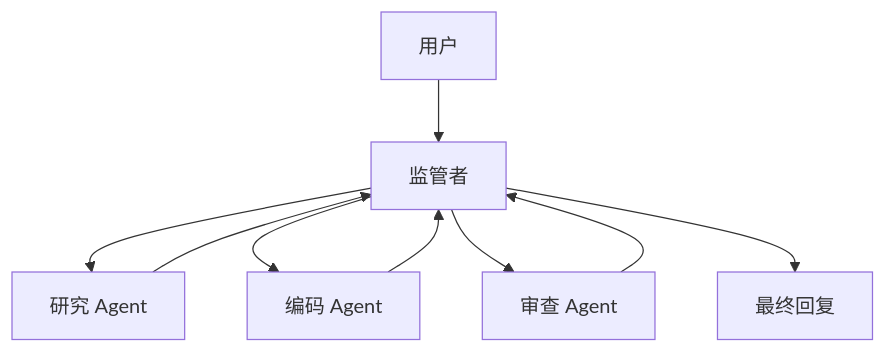
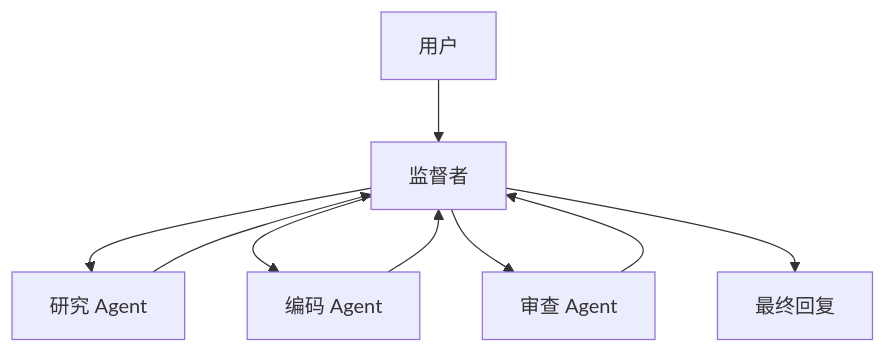
One commit to riba2534/multi-agent-wiki-cn changed the diagram in content/wiki/patterns/supervisor-manager.md. Above: the diagram before and after it, drawn with Mermaid. The commit also changed other lines of this file and 41 other files, not shown here.

First line of the commit message:
docs: 全面质量改进 - 术语统一、Mermaid规范化、间距修复

````diff
--- a/content/wiki/patterns/supervisor-manager.md
+++ b/content/wiki/patterns/supervisor-manager.md
@@ -16,11 +16,11 @@
 ```mermaid
 flowchart TD
-  U[用户] --> S[监管者]
-  S --> A[研究 Agent]
-  S --> B[编码 Agent]
-  S --> C[审查 Agent]
+  U["用户"] --> S["监督者"]
+  S --> A["研究 Agent"]
+  S --> B["编码 Agent"]
+  S --> C["审查 Agent"]
   A --> S
   B --> S
   C --> S
-  S --> R[最终回复]
+  S --> R["最终回复"]
 ```
````
